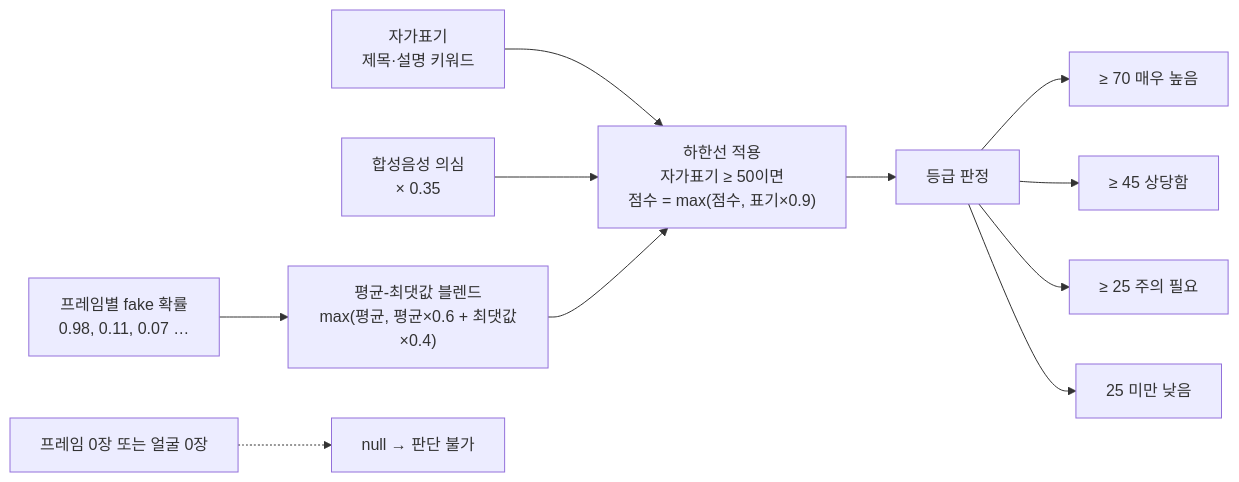
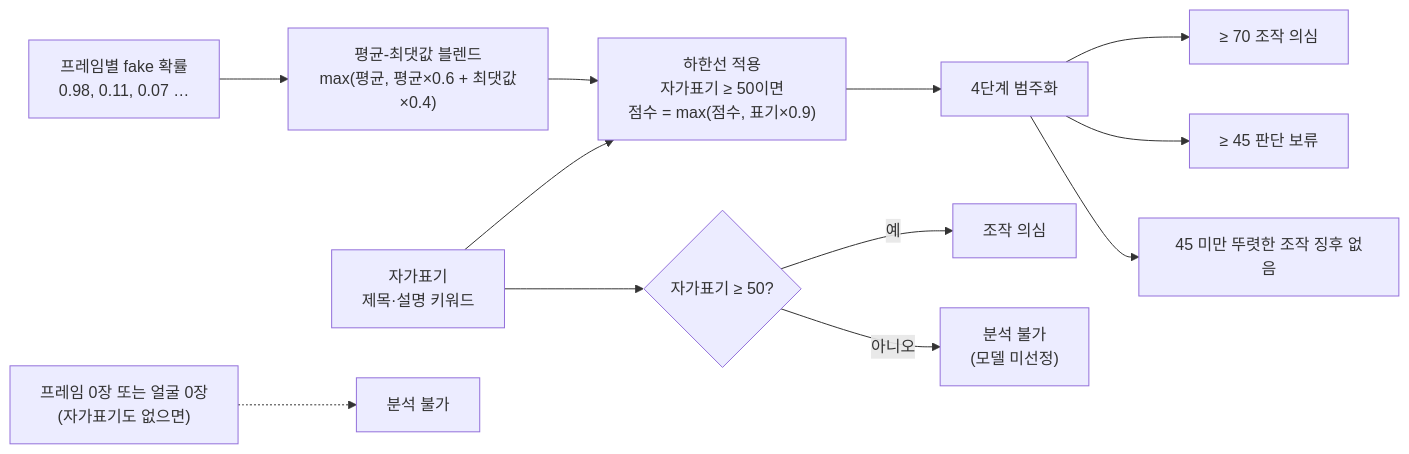
Before and after one commit to Dynamic-Juo/be: the third of 5 diagrams in docs/pipeline.md, drawn with Mermaid. The commit also changed other lines of this file and 10 other files, not shown here.

````diff
--- a/docs/pipeline.md
+++ b/docs/pipeline.md
@@ -135,15 +138,16 @@
 ```mermaid
 flowchart LR
     F["프레임별 fake 확률<br/>0.98, 0.11, 0.07 …"] --> BLEND["평균-최댓값 블렌드<br/>max(평균, 평균×0.6 + 최댓값×0.4)"]
-    SD["자가표기<br/>제목·설명 키워드"] --> FLOOR
-    TTS["합성음성 의심<br/>× 0.35"] --> FLOOR
-    BLEND --> FLOOR["하한선 적용<br/>자가표기 ≥ 50이면<br/>점수 = max(점수, 표기×0.9)"]
-    FLOOR --> LEVEL["등급 판정"]
+    SD["자가표기<br/>제목·설명 키워드"] --> FLOORA["하한선 적용<br/>자가표기 ≥ 50이면<br/>점수 = max(점수, 표기×0.9)"]
+    BLEND --> FLOORA
+    FLOORA --> CATA["4단계 범주화"]
 
-    LEVEL --> L1["≥ 70 매우 높음"]
-    LEVEL --> L2["≥ 45 상당함"]
-    LEVEL --> L3["≥ 25 주의 필요"]
-    LEVEL --> L4["25 미만 낮음"]
+    CATA --> L1["≥ 70 조작 의심"]
+    CATA --> L2["≥ 45 판단 보류"]
+    CATA --> L3["45 미만 뚜렷한 조작 징후 없음"]
+    NOFRAME["프레임 0장 또는 얼굴 0장<br/>(자가표기도 없으면)"] -.-> L4["분석 불가"]
 
-    NOFRAME["프레임 0장 또는 얼굴 0장"] -.-> L5["null → 판단 불가"]
+    SD --> WHOLE{"자가표기 ≥ 50?"}
+    WHOLE -->|"예"| WSUS["조작 의심"]
+    WHOLE -->|"아니오"| WNA["분석 불가<br/>(모델 미선정)"]
 ```
````
